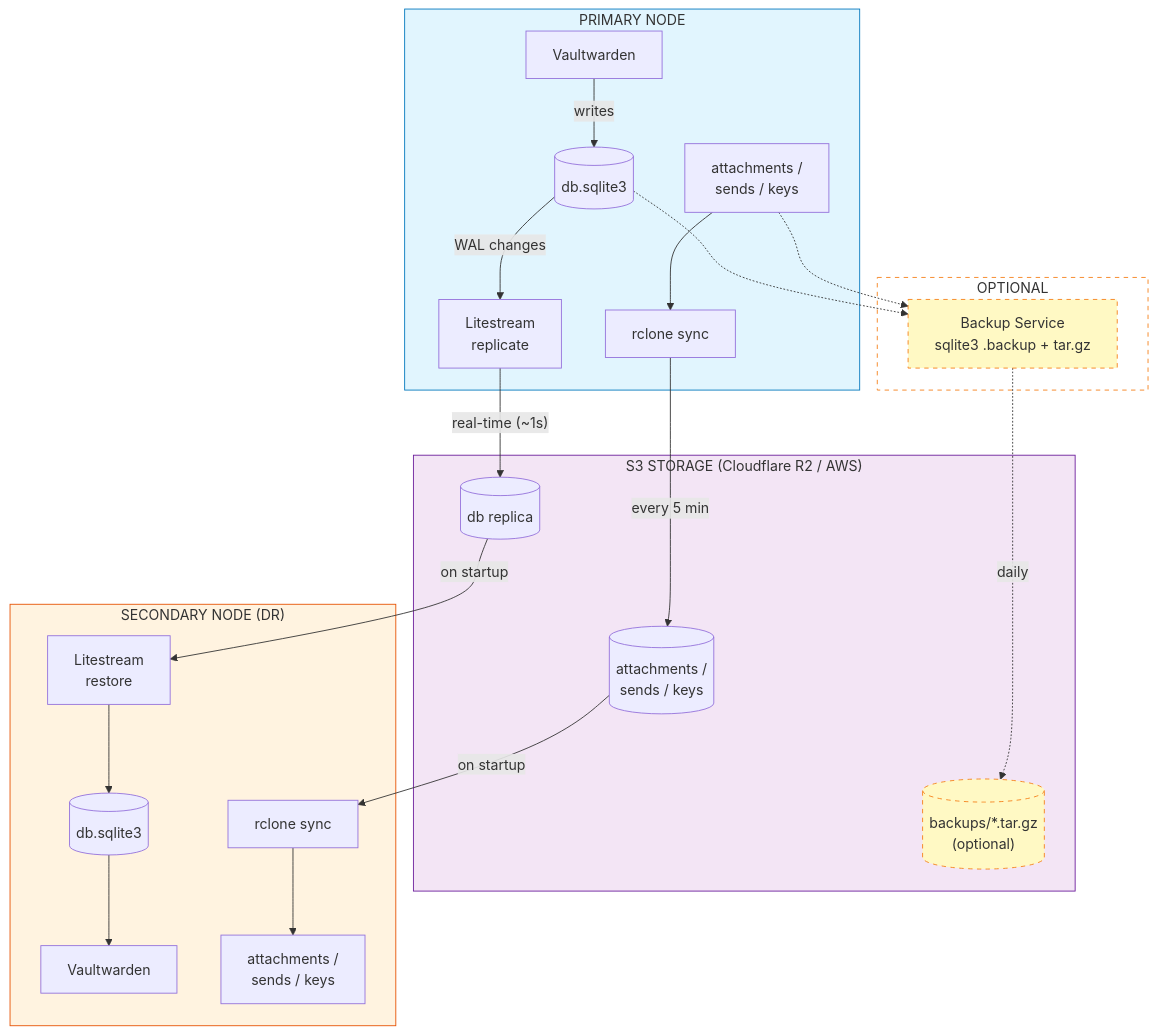
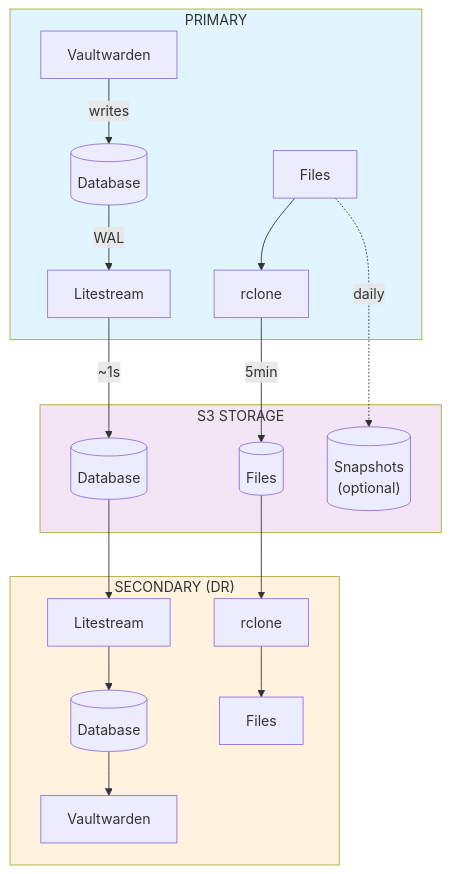
Before and after one commit to garyellow/vaultwarden-stream: the diagram in README.md, drawn with Mermaid. The commit also changed other lines of this file and 8 other files, not shown here.

````diff
--- a/README.md
+++ b/README.md
@@ -168,56 +94,43 @@
 ```mermaid
 graph TB
-    subgraph PRIMARY["PRIMARY NODE"]
+    subgraph PRIMARY["PRIMARY"]
         VW1[Vaultwarden]
-        DB1[(db.sqlite3)]
-        LS1[Litestream<br/>replicate]
-        FILES1[attachments /<br/>sends / keys]
-        RC1[rclone sync]
+        DB1[(Database)]
+        LS1[Litestream]
+        FILES1[Files]
+        RC1[rclone]
 
         VW1 -->|writes| DB1
-        DB1 -->|WAL changes| LS1
+        DB1 -->|WAL| LS1
         FILES1 --> RC1
     end
 
-    subgraph S3["S3 STORAGE (Cloudflare R2 / AWS)"]
-        S3DB[(db replica)]
-        S3FILES[(attachments /<br/>sends / keys)]
-        S3BACKUP[("backups/*.tar.gz<br/>(optional)")]
-
-        S3DB ~~~ S3FILES
-        S3FILES ~~~ S3BACKUP
+    subgraph S3["S3 STORAGE"]
+        S3DB[(Database)]
+        S3FILES[(Files)]
+        S3BACKUP[("Snapshots<br/>(optional)")]
     end
 
-    subgraph SECONDARY["SECONDARY NODE (DR)"]
-        LS2[Litestream<br/>restore]
-        DB2[(db.sqlite3)]
+    subgraph SECONDARY["SECONDARY (DR)"]
+        LS2[Litestream]
+        DB2[(Database)]
         VW2[Vaultwarden]
-        RC2[rclone sync]
-        FILES2[attachments /<br/>sends / keys]
+        RC2[rclone]
+        FILES2[Files]
 
         LS2 --> DB2
         DB2 --> VW2
         RC2 --> FILES2
     end
 
-    subgraph OPT["OPTIONAL"]
-        BACKUP[Backup Service<br/>sqlite3 .backup + tar.gz]
-    end
+    LS1 -->|~1s| S3DB
+    RC1 -->|5min| S3FILES
+    FILES1 -.->|daily| S3BACKUP
 
-    LS1 -->|"real-time (~1s)"| S3DB
-    RC1 -->|every 5 min| S3FILES
+    S3DB --> LS2
+    S3FILES --> RC2
 
-    DB1 -.-> BACKUP
-    FILES1 -.-> BACKUP
-    BACKUP -.->|daily| S3BACKUP
-
-    S3DB -->|on startup| LS2
-    S3FILES -->|on startup| RC2
-
-    style PRIMARY fill:#e1f5fe,stroke:#0277bd
-    style SECONDARY fill:#fff3e0,stroke:#e65100
-    style S3 fill:#f3e5f5,stroke:#6a1b9a
-    style OPT fill:none,stroke:#f57f17,stroke-dasharray: 5 5
-    style BACKUP fill:#fff9c4,stroke:#f57f17,stroke-dasharray: 5 5
-    style S3BACKUP fill:#fff9c4,stroke:#f57f17,stroke-dasharray: 5 5
+    style PRIMARY fill:#e1f5fe
+    style SECONDARY fill:#fff3e0
+    style S3 fill:#f3e5f5
 ```
````
